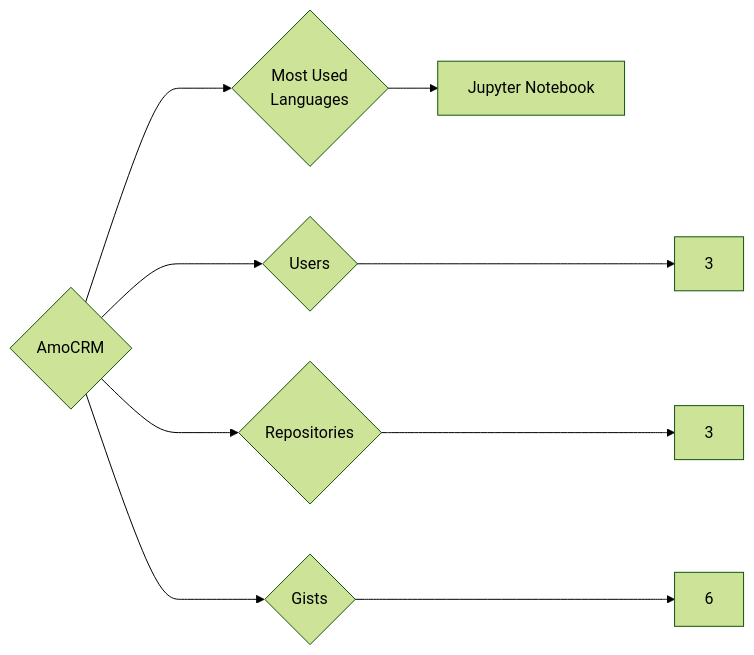
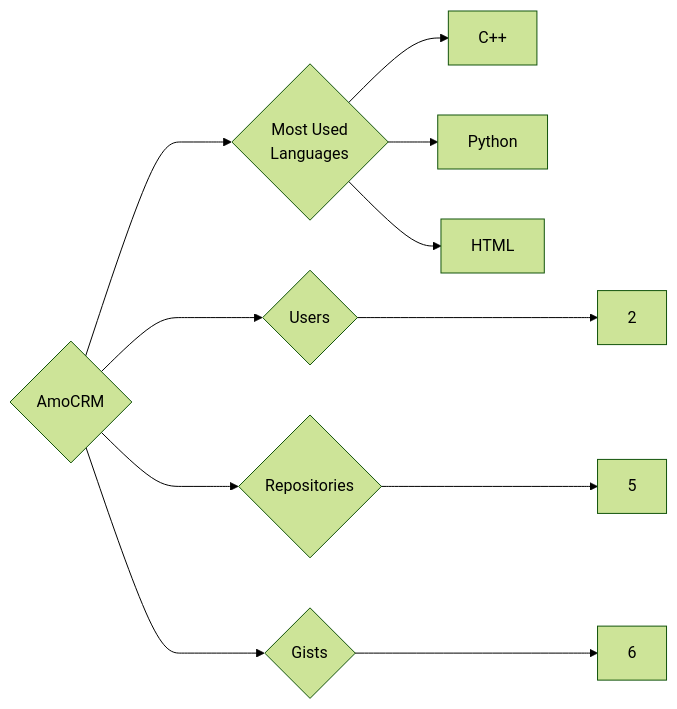
One commit to trickest/insiders changed the diagram in targets/AmoCRM/README.md. Above: the diagram before and after it, drawn with Mermaid (forest theme). The commit also changed 1141 other files, not shown here.

````diff
--- a/targets/AmoCRM/README.md
+++ b/targets/AmoCRM/README.md
@@ -3,9 +3,11 @@
 ```mermaid
 graph LR
 COMPANY_NAME{AmoCRM}
-COMPANY_NAME ---> U{Users} ---> UN[3]
-COMPANY_NAME ---> R{Repositories} ---> RN[3]
+COMPANY_NAME ---> U{Users} ---> UN[2]
+COMPANY_NAME ---> R{Repositories} ---> RN[5]
 COMPANY_NAME ---> G{Gists} ---> GN[6]
 COMPANY_NAME ---> ML{Most Used<br>Languages}
-ML --> Jupyter_Notebook[Jupyter Notebook]
+ML --> C++[C++]
+ML --> Python[Python]
+ML --> HTML[HTML]
 ```
````
